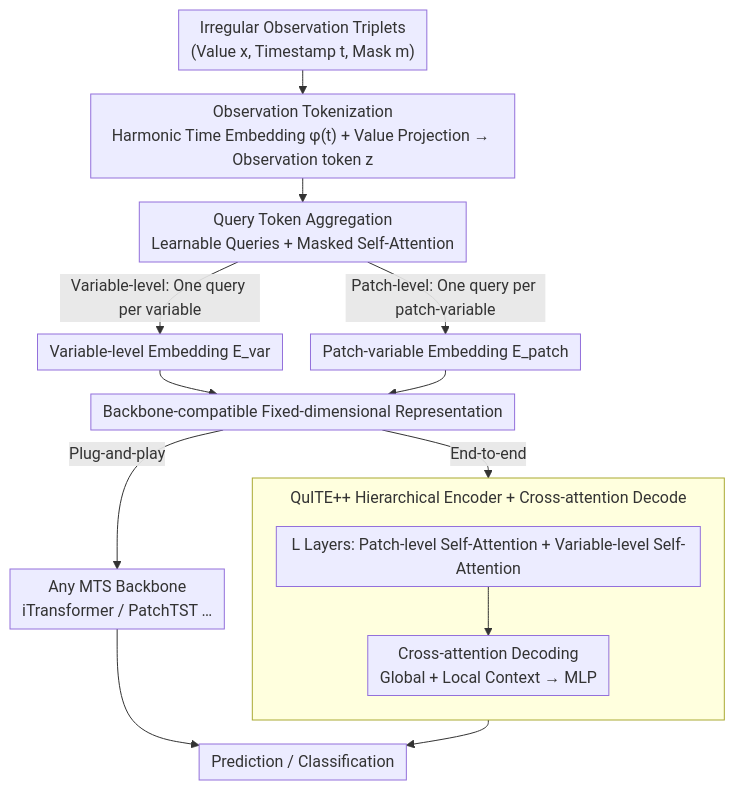
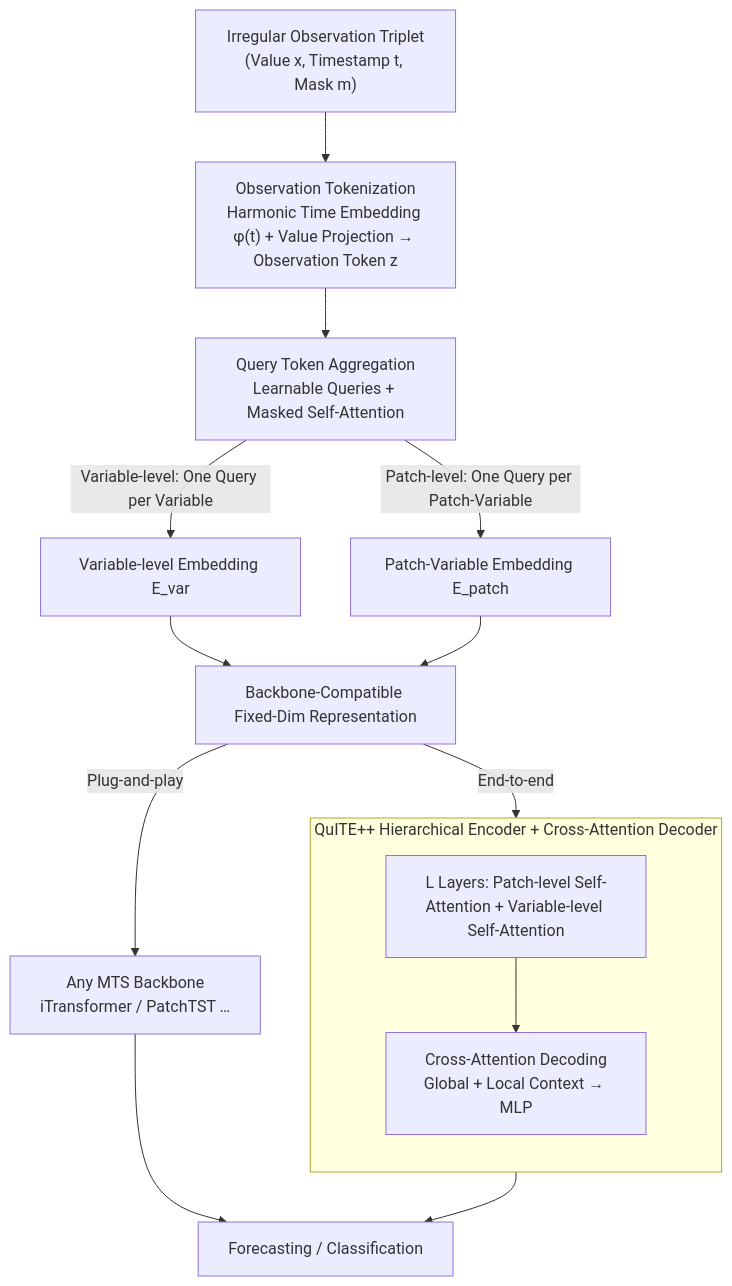
The diagram in docs/ICML2026/time_series/quite_query-based_irregular_time_series_embedding.md (zhaoyang97/Paper-Notes-en), drawn with Mermaid before and after one commit. The commit also changed other lines of this file and 5084 other files, not shown here.

````diff
--- a/docs/ICML2026/time_series/quite_query-based_irregular_time_series_embedding.md
+++ b/docs/ICML2026/time_series/quite_query-based_irregular_time_series_embedding.md
@@ -42,18 +42,17 @@
 ```mermaid
-%%{init: {'flowchart': {'rankSpacing': 24, 'nodeSpacing': 28, 'padding': 6, 'wrappingWidth': 400, 'subGraphTitleMargin': {'top': 8, 'bottom': 16}}}}%%
-flowchart TD
-    A["Irregular Observation Triplets<br/>(Value x, Timestamp t, Mask m)"] --> B["Observation Tokenization<br/>Harmonic Time Embedding φ(t) + Value Projection → Observation token z"]
+graph TD
+    A["Irregular Observation Triplet<br/>(Value x, Timestamp t, Mask m)"] --> B["Observation Tokenization<br/>Harmonic Time Embedding φ(t) + Value Projection → Observation Token z"]
     B --> C["Query Token Aggregation<br/>Learnable Queries + Masked Self-Attention"]
-    C -->|Variable-level: One query per variable| D["Variable-level Embedding E_var"]
-    C -->|Patch-level: One query per patch-variable| E["Patch-variable Embedding E_patch"]
-    D --> F["Backbone-compatible Fixed-dimensional Representation"]
+    C -->|Variable-level: One Query per Variable| D["Variable-level Embedding E_var"]
+    C -->|Patch-level: One Query per Patch-Variable| E["Patch-Variable Embedding E_patch"]
+    D --> F["Backbone-Compatible Fixed-Dim Representation"]
     E --> F
     F -->|Plug-and-play| G["Any MTS Backbone<br/>iTransformer / PatchTST …"]
     F -->|End-to-end| H
-    subgraph QPP["QuITE++ Hierarchical Encoder + Cross-attention Decode"]
+    subgraph QPP["QuITE++ Hierarchical Encoder + Cross-Attention Decoder"]
         direction TB
-        H["L Layers: Patch-level Self-Attention + Variable-level Self-Attention"] --> I["Cross-attention Decoding<br/>Global + Local Context → MLP"]
+        H["L Layers: Patch-level Self-Attention + Variable-level Self-Attention"] --> I["Cross-Attention Decoding<br/>Global + Local Context → MLP"]
     end
-    G --> J["Prediction / Classification"]
+    G --> J["Forecasting / Classification"]
     I --> J
 ```
````
